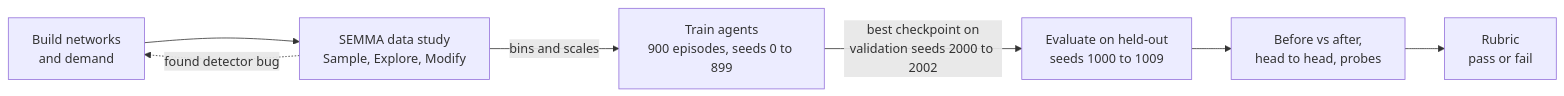
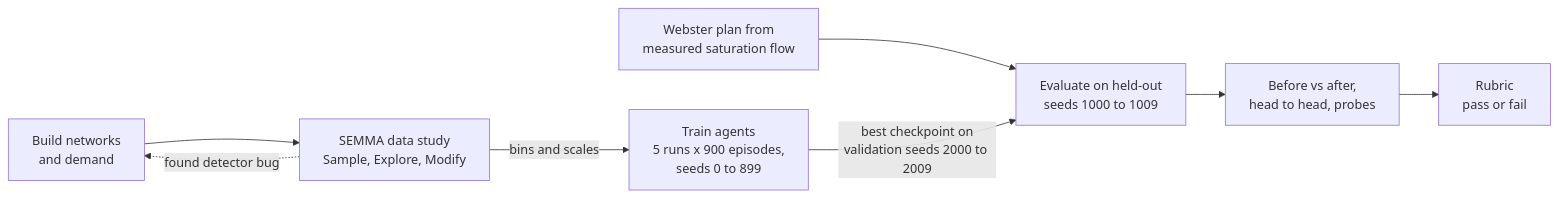
One commit to Chimwemwe-127001/smart-traffic-light-rl changed the first of 2 diagrams in README.md. Above: the diagram before and after it, drawn with Mermaid. The commit also changed other lines of this file, not shown here.

Commit message:
docs: update the README for five training runs and the Webster baseline

````diff
--- a/README.md
+++ b/README.md
@@ -79,9 +90,10 @@
 ```mermaid
 flowchart LR
     A[Build networks<br/>and demand] --> B[SEMMA data study<br/>Sample, Explore, Modify]
-    B -->|bins and scales| C[Train agents<br/>900 episodes, seeds 0 to 899]
-    C -->|best checkpoint on<br/>validation seeds 2000 to 2002| D[Evaluate on held-out<br/>seeds 1000 to 1009]
+    B -->|bins and scales| C[Train agents<br/>5 runs x 900 episodes,<br/>seeds 0 to 899]
+    W[Webster plan from<br/>measured saturation flow] --> D
+    C -->|best checkpoint on<br/>validation seeds 2000 to 2009| D[Evaluate on held-out<br/>seeds 1000 to 1009]
     D --> E[Before vs after,<br/>head to head, probes]
     E --> F[Rubric<br/>pass or fail]
     B -.->|found detector bug| A
 ```
````
